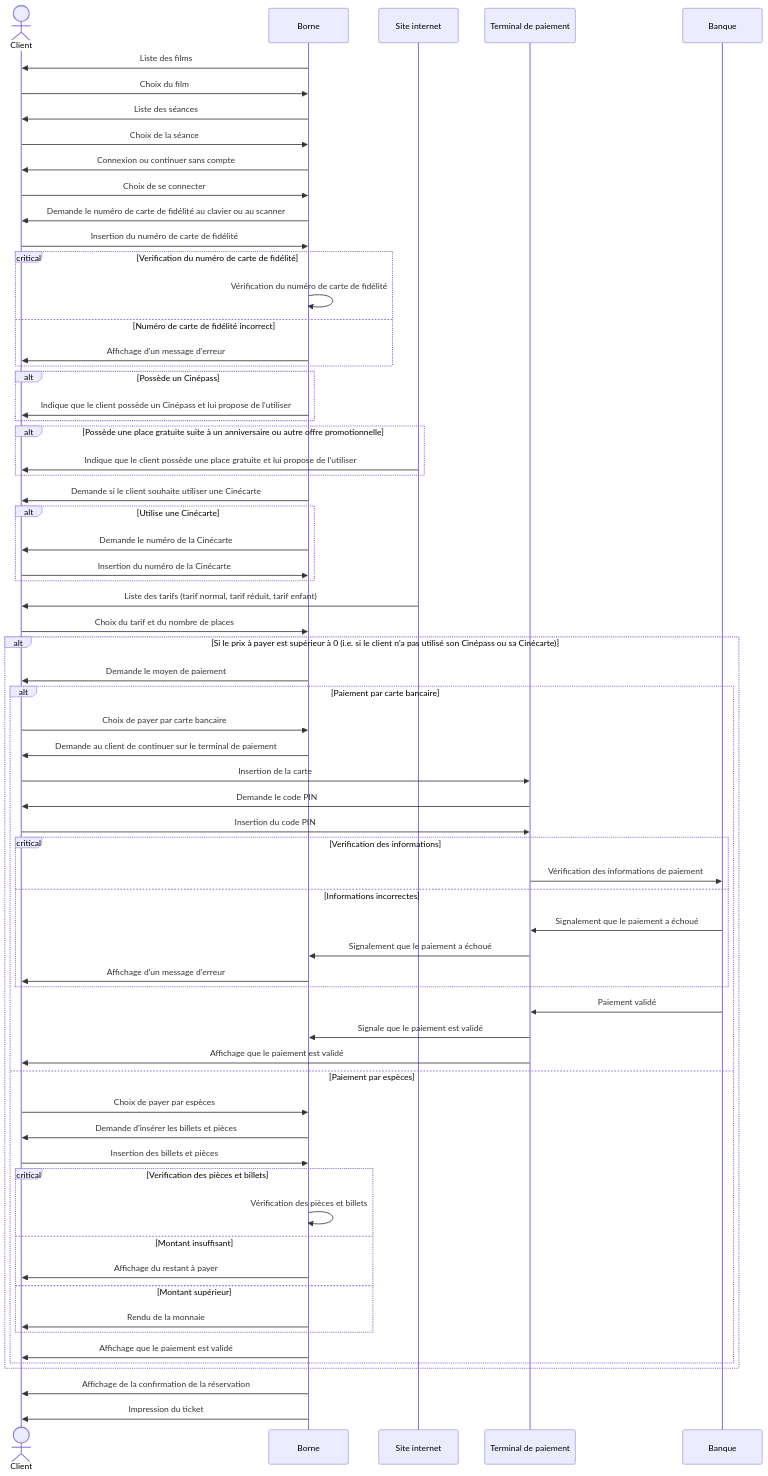
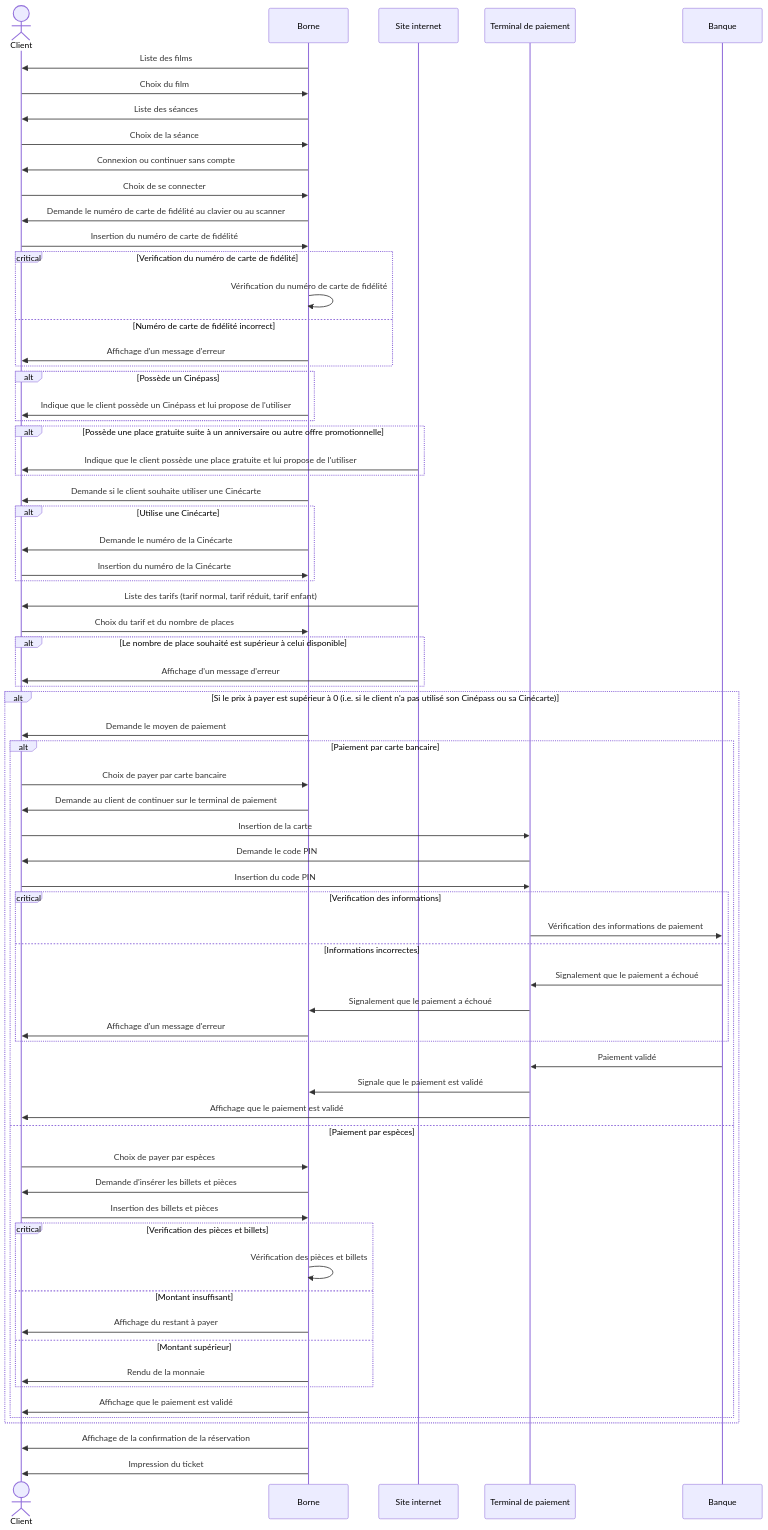
Before and after one commit to pixselve-school/OMD-TP1: diagram 15 of 23 in TP1-OMD.md, drawn with Mermaid. The commit also changed other lines of this file, not shown here.

````diff
--- a/TP1-OMD.md
+++ b/TP1-OMD.md
@@ -724,74 +739,80 @@
 ```mermaid
 sequenceDiagram
 actor Client
 Borne ->> Client: Liste des films
 Client ->> Borne: Choix du film
 Borne ->> Client: Liste des séances
 Client ->> Borne: Choix de la séance
 Borne ->> Client: Connexion ou continuer sans compte
 Client ->> Borne: Choix de se connecter
 Borne ->> Client: Demande le numéro de carte de fidélité au clavier ou au scanner
 Client ->> Borne: Insertion du numéro de carte de fidélité
 critical Verification du numéro de carte de fidélité
     Borne ->> Borne: Vérification du numéro de carte de fidélité
 option Numéro de carte de fidélité incorrect
     Borne ->> Client: Affichage d'un message d'erreur
 end
 
 alt Possède un Cinépass
     Borne ->> Client: Indique que le client possède un Cinépass et lui propose de l'utiliser
 end
 
 alt Possède une place gratuite suite à un anniversaire ou autre offre promotionnelle
     Site internet ->> Client: Indique que le client possède une place gratuite et lui propose de l'utiliser
 end
 
 Borne ->> Client: Demande si le client souhaite utiliser une Cinécarte
 alt Utilise une Cinécarte
     Borne ->> Client: Demande le numéro de la Cinécarte
     Client ->> Borne: Insertion du numéro de la Cinécarte
 end
 
 Site internet ->> Client: Liste des tarifs (tarif normal, tarif réduit, tarif enfant)
 
 Client ->> Borne: Choix du tarif et du nombre de places
+
+alt Le nombre de place souhaité est supérieur à celui disponible
+    Site internet ->> Client: Affichage d'un message d'erreur
+end
+
+
 alt Si le prix à payer est supérieur à 0 (i.e. si le client n'a pas utilisé son Cinépass ou sa Cinécarte)
     Borne ->> Client: Demande le moyen de paiement
     
     alt Paiement par carte bancaire
         Client ->> Borne: Choix de payer par carte bancaire
         Borne ->> Client: Demande au client de continuer sur le terminal de paiement
         Client ->> Terminal de paiement: Insertion de la carte
         Terminal de paiement ->> Client: Demande le code PIN
         Client ->> Terminal de paiement: Insertion du code PIN
         critical Verification des informations
             Terminal de paiement ->> Banque: Vérification des informations de paiement
         option Informations incorrectes
             Banque ->> Terminal de paiement: Signalement que le paiement a échoué
             Terminal de paiement ->> Borne: Signalement que le paiement a échoué
             Borne ->> Client: Affichage d'un message d'erreur
         end
         Banque ->> Terminal de paiement: Paiement validé
         Terminal de paiement ->> Borne: Signale que le paiement est validé
         Terminal de paiement ->> Client: Affichage que le paiement est validé
         
     else Paiement par espèces
         Client ->> Borne: Choix de payer par espèces
         Borne ->> Client: Demande d'insérer les billets et pièces
         Client ->> Borne: Insertion des billets et pièces
         critical Verification des pièces et billets
             Borne ->> Borne: Vérification des pièces et billets
         option Montant insuffisant
             Borne ->> Client: Affichage du restant à payer
         option Montant supérieur
             Borne ->> Client: Rendu de la monnaie
         end
         Borne ->> Client: Affichage que le paiement est validé
         
         
     end
 end
 
 Borne ->> Client: Affichage de la confirmation de la réservation
 Borne ->> Client: Impression du ticket
 ```
````
